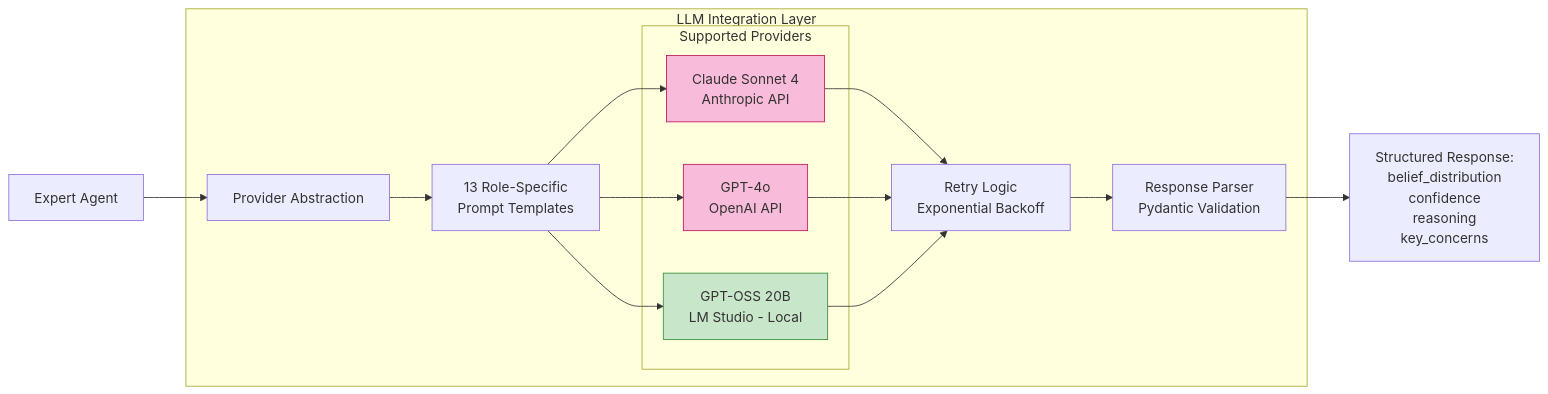
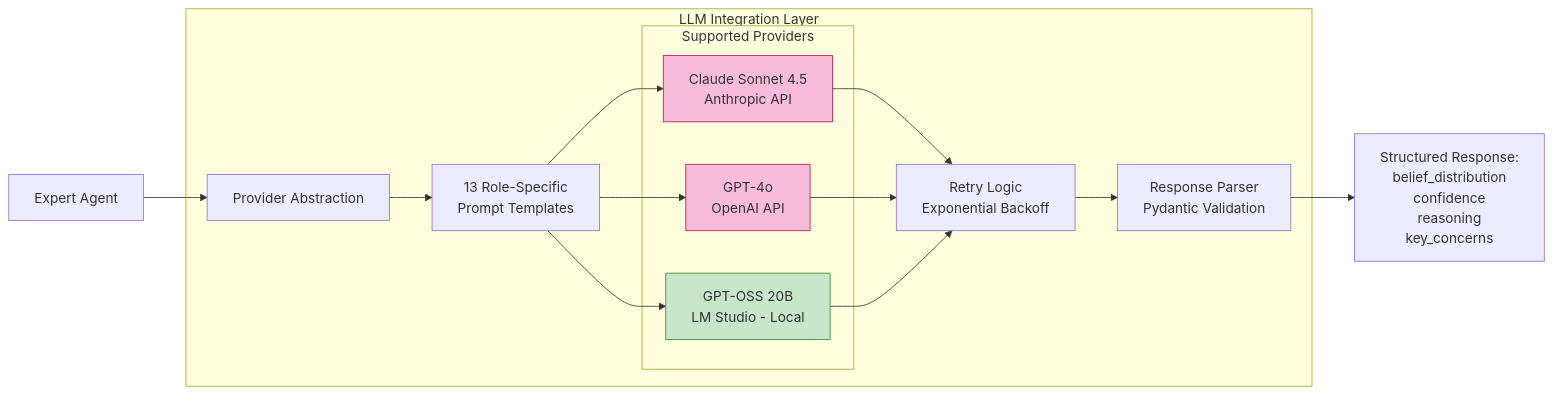
One commit to kerbgr/crisis_mas_poc changed the fifth of 7 diagrams in academic_journal_draft_long version.md. Above: the diagram before and after it, drawn with Mermaid. The commit also changed other lines of this file and 7 other files, not shown here.

````diff
--- a/academic_journal_draft_long version.md
+++ b/academic_journal_draft_long version.md
@@ -376,27 +361,23 @@
 ```mermaid
 graph LR
     subgraph LLM["LLM Integration Layer"]
         LLM_INT[Provider Abstraction]
-
         subgraph Providers["Supported Providers"]
-            CLAUDE["Claude Sonnet 4<br/>Anthropic API"]
+            CLAUDE["Claude Sonnet 4.5<br/>Anthropic API"]
             OPENAI["GPT-4o<br/>OpenAI API"]
             LMSTUDIO["GPT-OSS 20B<br/>LM Studio - Local"]
         end
-
         PROMPTS["13 Role-Specific<br/>Prompt Templates"]
         PARSER["Response Parser<br/>Pydantic Validation"]
         RETRY["Retry Logic<br/>Exponential Backoff"]
     end
-
     AGENT[Expert Agent] --> LLM_INT
     LLM_INT --> PROMPTS
     PROMPTS --> CLAUDE & OPENAI & LMSTUDIO
     CLAUDE & OPENAI & LMSTUDIO --> RETRY
     RETRY --> PARSER
     PARSER --> RESPONSE["Structured Response:<br/>belief_distribution<br/>confidence<br/>reasoning<br/>key_concerns"]
-
     style CLAUDE fill:#f8bbd9,stroke:#c2185b
     style OPENAI fill:#f8bbd9,stroke:#c2185b
     style LMSTUDIO fill:#c8e6c9,stroke:#388e3c
 ```
````
